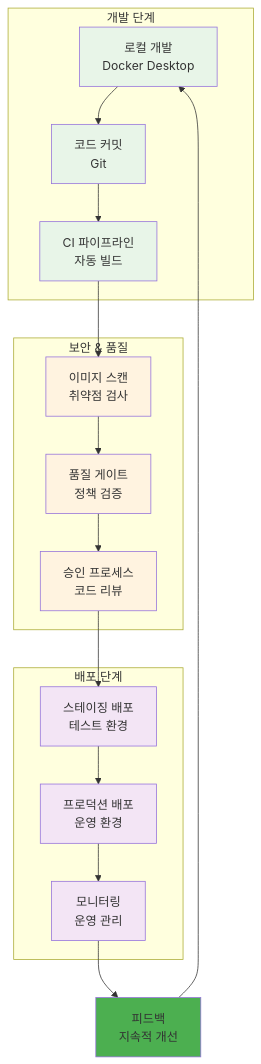
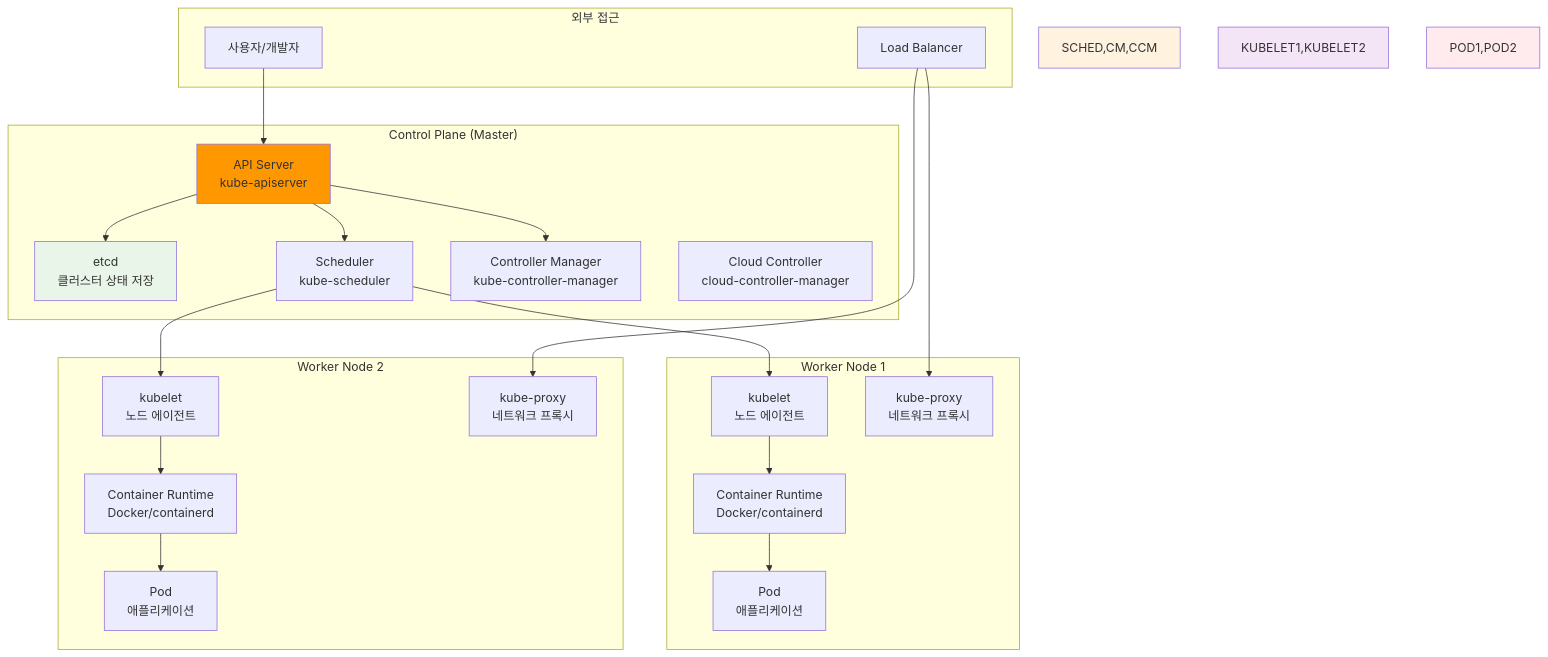
One commit to niceguy61/kdt_devops_lecture_2025 changed the second of 5 diagrams in theory/week_02/day4/session_2.md. Above: the diagram before and after it, drawn with Mermaid. The commit also changed other lines of this file and 70 other files, not shown here.

````diff
--- a/theory/week_02/day4/session_2.md
+++ b/theory/week_02/day4/session_2.md
@@ -27,33 +53,48 @@
 ```mermaid
 graph TB
-    subgraph "개발 단계"
-        A[로컬 개발<br/>Docker Desktop] --> B[코드 커밋<br/>Git]
-        B --> C[CI 파이프라인<br/>자동 빌드]
+    subgraph "Control Plane (Master)"
+        API[API Server<br/>kube-apiserver]
+        ETCD[etcd<br/>클러스터 상태 저장]
+        SCHED[Scheduler<br/>kube-scheduler]
+        CM[Controller Manager<br/>kube-controller-manager]
+        CCM[Cloud Controller<br/>cloud-controller-manager]
     end
     
-    subgraph "보안 & 품질"
-        D[이미지 스캔<br/>취약점 검사] --> E[품질 게이트<br/>정책 검증]
-        E --> F[승인 프로세스<br/>코드 리뷰]
+    subgraph "Worker Node 1"
+        KUBELET1[kubelet<br/>노드 에이전트]
+        PROXY1[kube-proxy<br/>네트워크 프록시]
+        RUNTIME1[Container Runtime<br/>Docker/containerd]
+        POD1[Pod<br/>애플리케이션]
     end
     
-    subgraph "배포 단계"
-        G[스테이징 배포<br/>테스트 환경] --> H[프로덕션 배포<br/>운영 환경]
-        H --> I[모니터링<br/>운영 관리]
+    subgraph "Worker Node 2"
+        KUBELET2[kubelet<br/>노드 에이전트]
+        PROXY2[kube-proxy<br/>네트워크 프록시]
+        RUNTIME2[Container Runtime<br/>Docker/containerd]
+        POD2[Pod<br/>애플리케이션]
     end
     
-    C --> D
-    F --> G
-    I --> J[피드백<br/>지속적 개선]
-    J --> A
+    subgraph "외부 접근"
+        USER[사용자/개발자]
+        LB[Load Balancer]
+    end
     
-    style A fill:#e8f5e8
-    style B fill:#e8f5e8
-    style C fill:#e8f5e8
-    style D fill:#fff3e0
-    style E fill:#fff3e0
-    style F fill:#fff3e0
-    style G fill:#f3e5f5
-    style H fill:#f3e5f5
-    style I fill:#f3e5f5
-    style J fill:#4caf50
+    USER --> API
+    API --> ETCD
+    API --> SCHED
+    API --> CM
+    SCHED --> KUBELET1
+    SCHED --> KUBELET2
+    KUBELET1 --> RUNTIME1
+    KUBELET2 --> RUNTIME2
+    RUNTIME1 --> POD1
+    RUNTIME2 --> POD2
+    LB --> PROXY1
+    LB --> PROXY2
+    
+    style API fill:#ff9800
+    style ETCD fill:#e8f5e8
+    style SCHED,CM,CCM fill:#fff3e0
+    style KUBELET1,KUBELET2 fill:#f3e5f5
+    style POD1,POD2 fill:#ffebee
 ```
````
